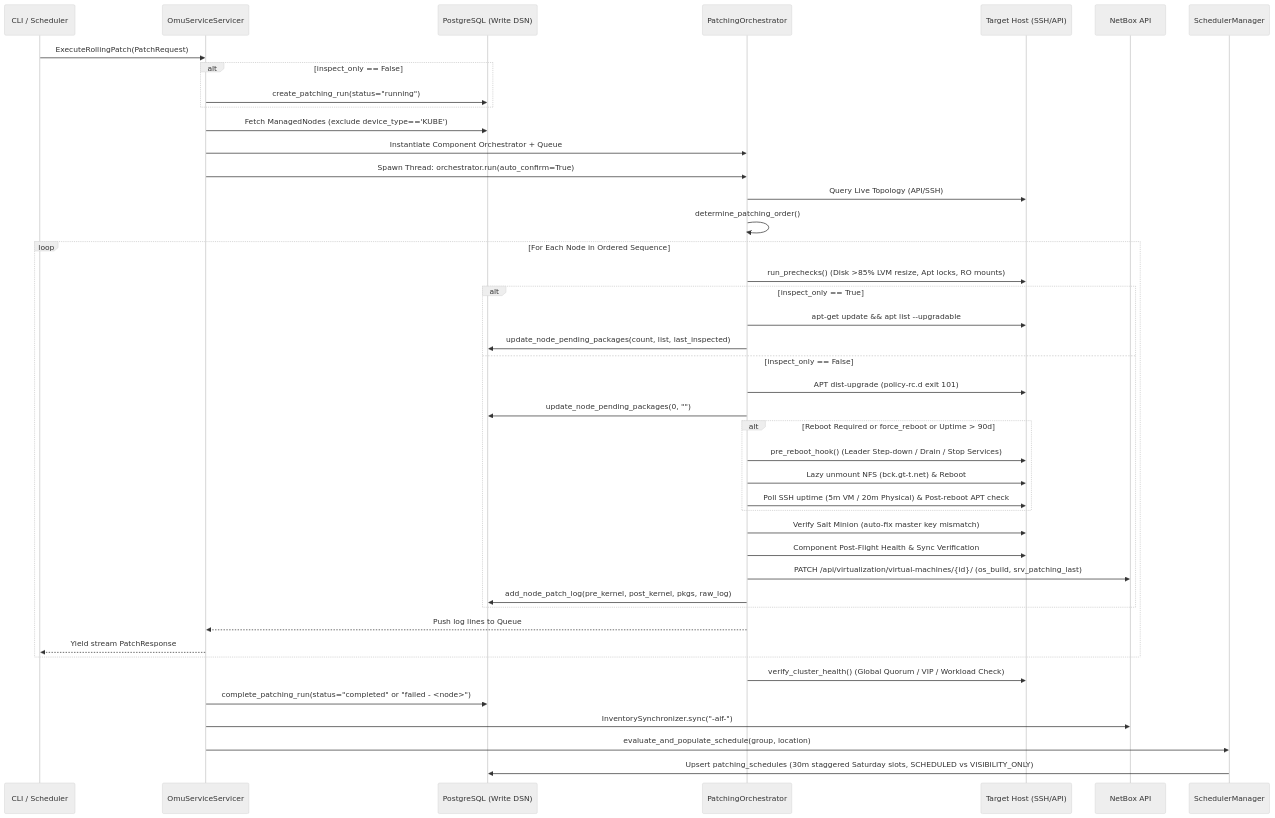
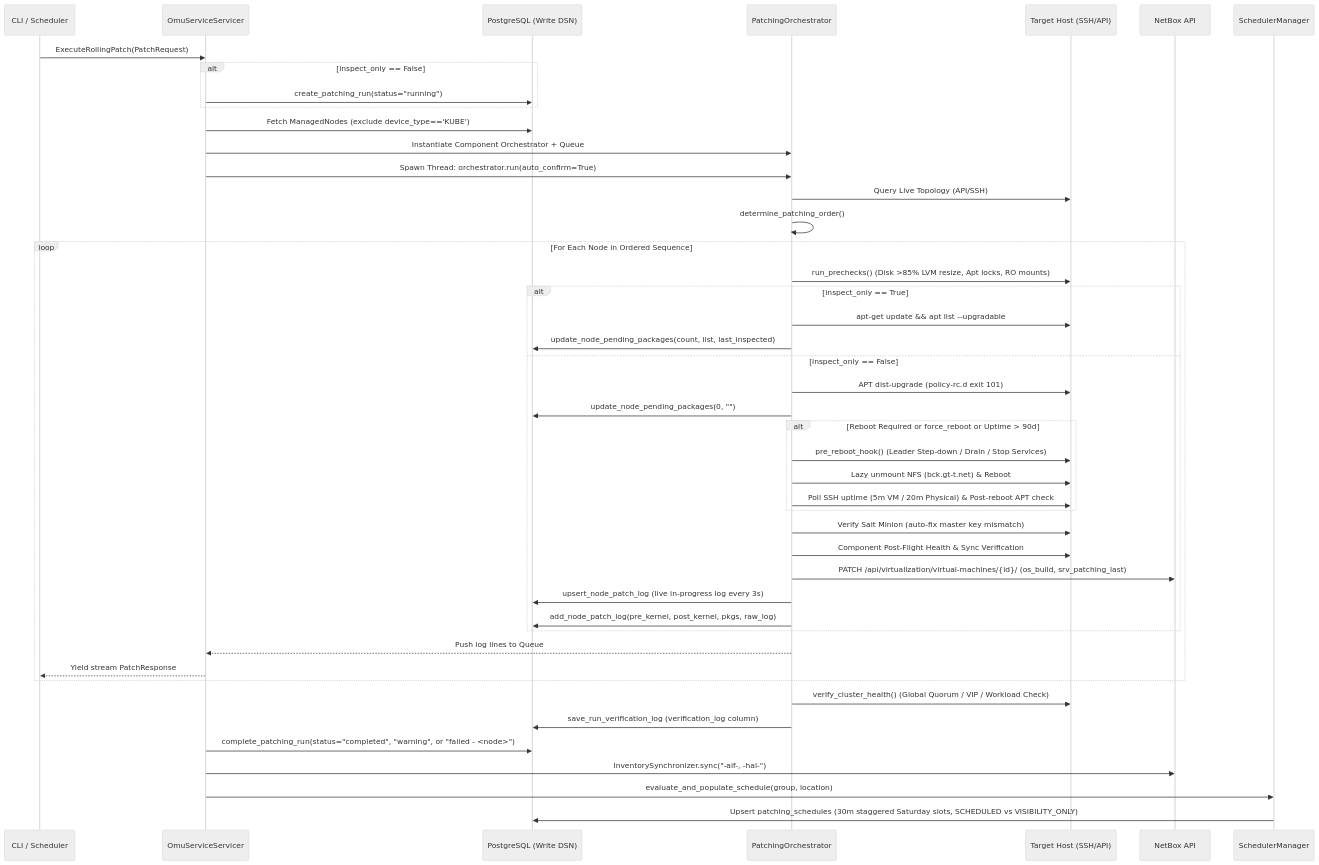
One commit to ssunthor/utilities-guides changed the second of 2 diagrams in omu_design.md. Above: the diagram before and after it, drawn with Mermaid (neutral theme). The commit also changed other lines of this file and 2 other files, not shown here.

Commit message:
Guides Sync

````diff
--- a/omu_design.md
+++ b/omu_design.md
@@ -228,49 +226,51 @@
 ```mermaid
 sequenceDiagram
     participant Client as CLI / Scheduler
     participant Service as OmuServiceServicer
     participant DB as PostgreSQL (Write DSN)
     participant Orch as PatchingOrchestrator
     participant Node as Target Host (SSH/API)
     participant NB as NetBox API
     participant Sched as SchedulerManager
 
     Client->>Service: ExecuteRollingPatch(PatchRequest)
     alt inspect_only == False
         Service->>DB: create_patching_run(status="running")
     end
     Service->>DB: Fetch ManagedNodes (exclude device_type=='KUBE')
     Service->>Orch: Instantiate Component Orchestrator + Queue
     Service->>Orch: Spawn Thread: orchestrator.run(auto_confirm=True)
     
     Orch->>Node: Query Live Topology (API/SSH)
     Orch->>Orch: determine_patching_order()
     
     loop For Each Node in Ordered Sequence
         Orch->>Node: run_prechecks() (Disk >85% LVM resize, Apt locks, RO mounts)
         alt inspect_only == True
             Orch->>Node: apt-get update && apt list --upgradable
             Orch->>DB: update_node_pending_packages(count, list, last_inspected)
         else inspect_only == False
             Orch->>Node: APT dist-upgrade (policy-rc.d exit 101)
             Orch->>DB: update_node_pending_packages(0, "")
             alt Reboot Required or force_reboot or Uptime > 90d
                 Orch->>Node: pre_reboot_hook() (Leader Step-down / Drain / Stop Services)
                 Orch->>Node: Lazy unmount NFS (bck.gt-t.net) & Reboot
                 Orch->>Node: Poll SSH uptime (5m VM / 20m Physical) & Post-reboot APT check
             end
             Orch->>Node: Verify Salt Minion (auto-fix master key mismatch)
             Orch->>Node: Component Post-Flight Health & Sync Verification
             Orch->>NB: PATCH /api/virtualization/virtual-machines/{id}/ (os_build, srv_patching_last)
+            Orch->>DB: upsert_node_patch_log (live in-progress log every 3s)
             Orch->>DB: add_node_patch_log(pre_kernel, post_kernel, pkgs, raw_log)
         end
         Orch-->>Service: Push log lines to Queue
         Service-->>Client: Yield stream PatchResponse
     end
     
     Orch->>Node: verify_cluster_health() (Global Quorum / VIP / Workload Check)
-    Service->>DB: complete_patching_run(status="completed" or "failed - <node>")
-    Service->>NB: InventorySynchronizer.sync("-aif-")
+    Orch->>DB: save_run_verification_log (verification_log column)
+    Service->>DB: complete_patching_run(status="completed", "warning", or "failed - <node>")
+    Service->>NB: InventorySynchronizer.sync("-aif-, -hal-")
     Service->>Sched: evaluate_and_populate_schedule(group, location)
     Sched->>DB: Upsert patching_schedules (30m staggered Saturday slots, SCHEDULED vs VISIBILITY_ONLY)
 ```
````
